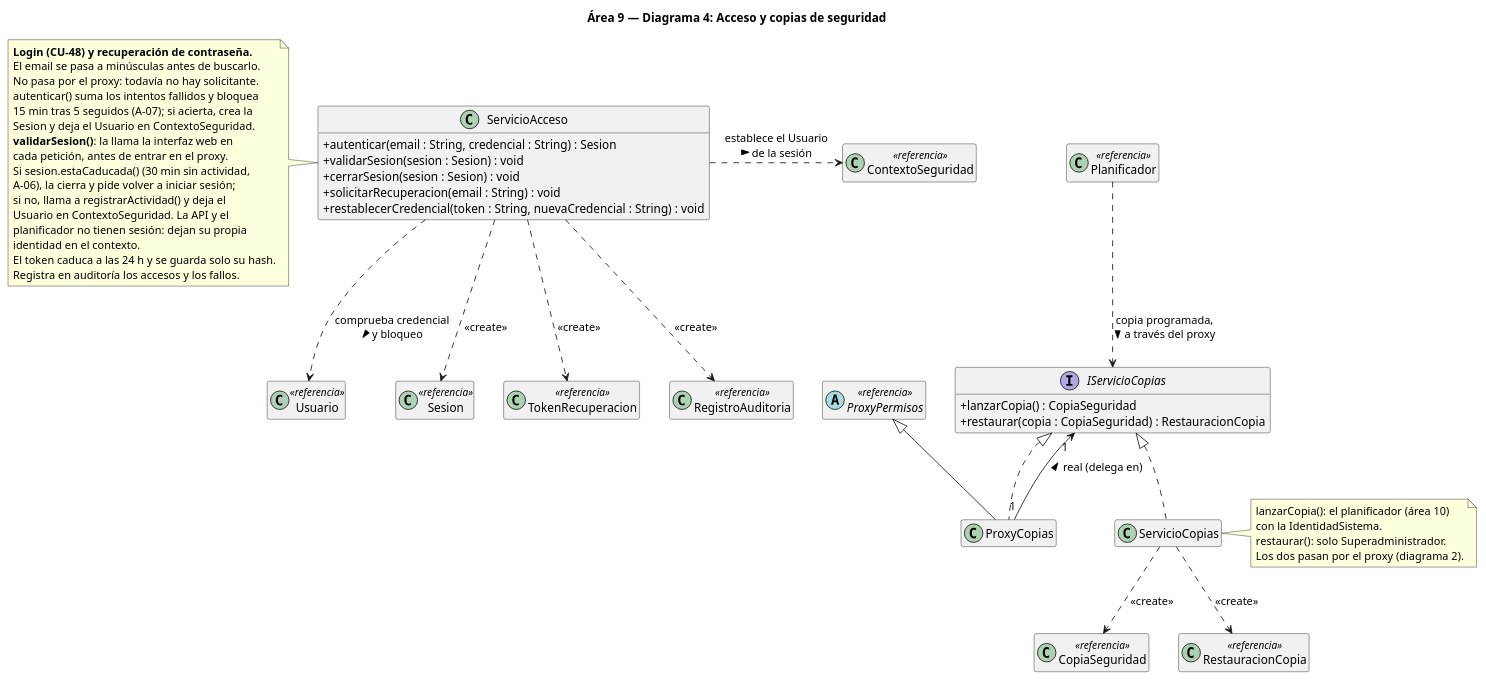
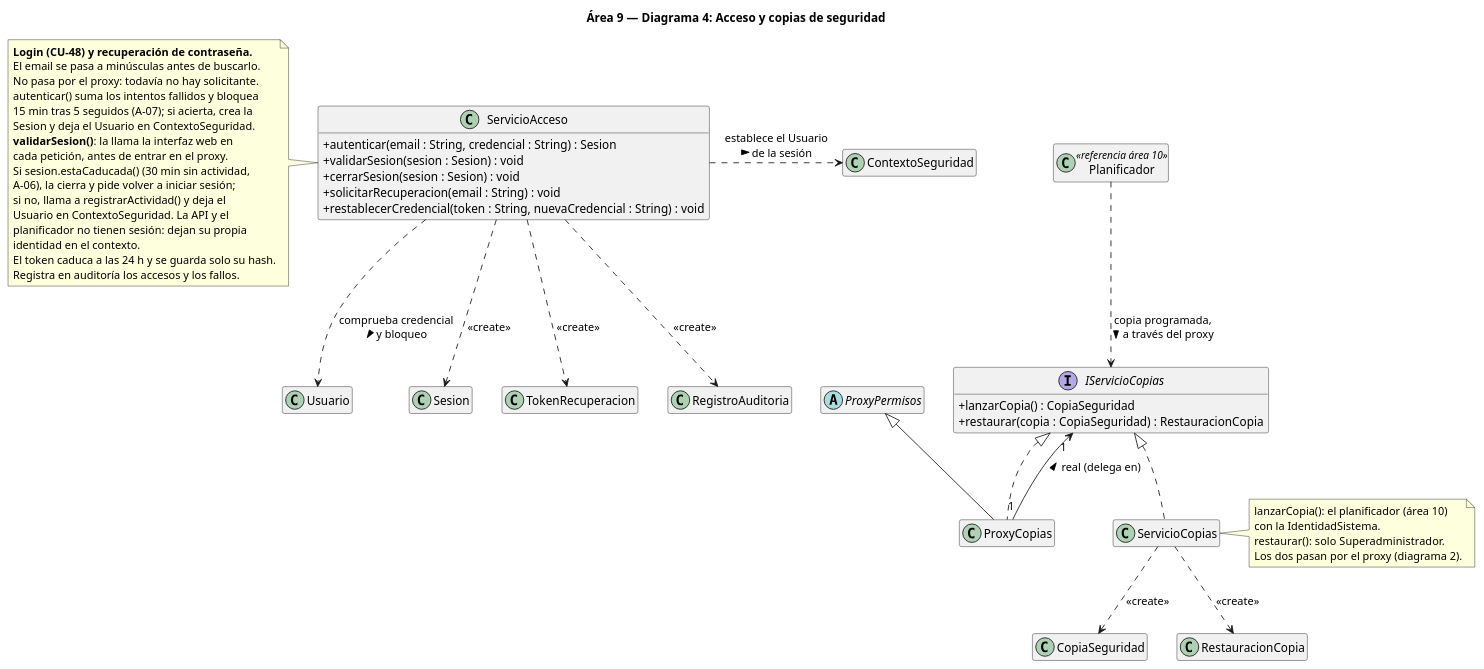
One commit to naybetaomar/AyDA-ProyectoBebes changed the diagram in Entrega2_GrupoBebes/entrega2/diagramas/clases/area09/area9_4_acceso_y_copias.puml. Above: the diagram before and after it, drawn with PlantUML. The commit also changed 23 other files, not shown here.

Commit message:
<<referencia>> pasa a <<referencia área N>>

```diff
--- a/Entrega2_GrupoBebes/entrega2/diagramas/clases/area09/area9_4_acceso_y_copias.puml
+++ b/Entrega2_GrupoBebes/entrega2/diagramas/clases/area09/area9_4_acceso_y_copias.puml
@@ -1,71 +1,71 @@
 @startuml area9_4_acceso_y_copias
 title Área 9 — Diagrama 4: Acceso y copias de seguridad
 
 skinparam classAttributeIconSize 0
 hide empty members
 
 class ServicioAcceso {
   + autenticar(email : String, credencial : String) : Sesion
   + validarSesion(sesion : Sesion) : void
   + cerrarSesion(sesion : Sesion) : void
   + solicitarRecuperacion(email : String) : void
   + restablecerCredencial(token : String, nuevaCredencial : String) : void
 }
 
 interface IServicioCopias {
   + lanzarCopia() : CopiaSeguridad
   + restaurar(copia : CopiaSeguridad) : RestauracionCopia
 }
 class ServicioCopias
 class ProxyCopias
-abstract class ProxyPermisos <<referencia>>
+abstract class ProxyPermisos
 
-class ContextoSeguridad <<referencia>>
-class Usuario <<referencia>>
-class Sesion <<referencia>>
-class TokenRecuperacion <<referencia>>
-class RegistroAuditoria <<referencia>>
-class CopiaSeguridad <<referencia>>
-class RestauracionCopia <<referencia>>
-class Planificador <<referencia>>
+class ContextoSeguridad
+class Usuario
+class Sesion
+class TokenRecuperacion
+class RegistroAuditoria
+class CopiaSeguridad
+class RestauracionCopia
+class Planificador <<referencia área 10>>
 
 ServicioAcceso .down.> Usuario : comprueba credencial\ny bloqueo >
 ServicioAcceso .down.> Sesion : <<create>>
 ServicioAcceso .down.> TokenRecuperacion : <<create>>
 ServicioAcceso .down.> RegistroAuditoria : <<create>>
 ServicioAcceso .right.> ContextoSeguridad : establece el Usuario\nde la sesión >
 
 IServicioCopias <|.. ProxyCopias
 IServicioCopias <|.. ServicioCopias
 ProxyPermisos <|-- ProxyCopias
 ProxyCopias "1" --> "1" IServicioCopias : real (delega en) >
 ServicioCopias .down.> CopiaSeguridad : <<create>>
 ServicioCopias .down.> RestauracionCopia : <<create>>
 Planificador .down.> IServicioCopias : copia programada,\na través del proxy >
 
 note left of ServicioAcceso
   **Login (CU-48) y recuperación de contraseña.**
   El email se pasa a minúsculas antes de buscarlo.
   No pasa por el proxy: todavía no hay solicitante.
   autenticar() suma los intentos fallidos y bloquea
   15 min tras 5 seguidos (A-07); si acierta, crea la
   Sesion y deja el Usuario en ContextoSeguridad.
   **validarSesion()**: la llama la interfaz web en
   cada petición, antes de entrar en el proxy.
   Si sesion.estaCaducada() (30 min sin actividad,
   A-06), la cierra y pide volver a iniciar sesión;
   si no, llama a registrarActividad() y deja el
   Usuario en ContextoSeguridad. La API y el
   planificador no tienen sesión: dejan su propia
   identidad en el contexto.
   El token caduca a las 24 h y se guarda solo su hash.
   Registra en auditoría los accesos y los fallos.
 end note
 
 note right of ServicioCopias
   lanzarCopia(): el planificador (área 10)
   con la IdentidadSistema.
   restaurar(): solo Superadministrador.
   Los dos pasan por el proxy (diagrama 2).
 end note
 @enduml
```
